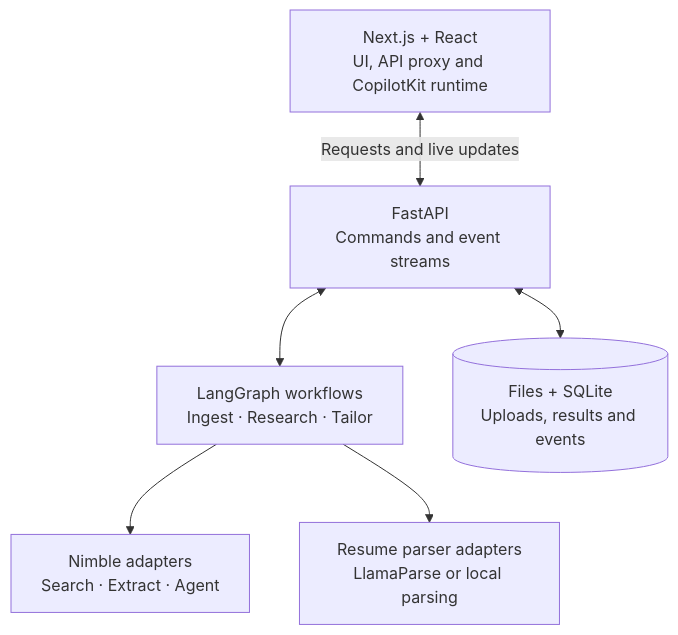
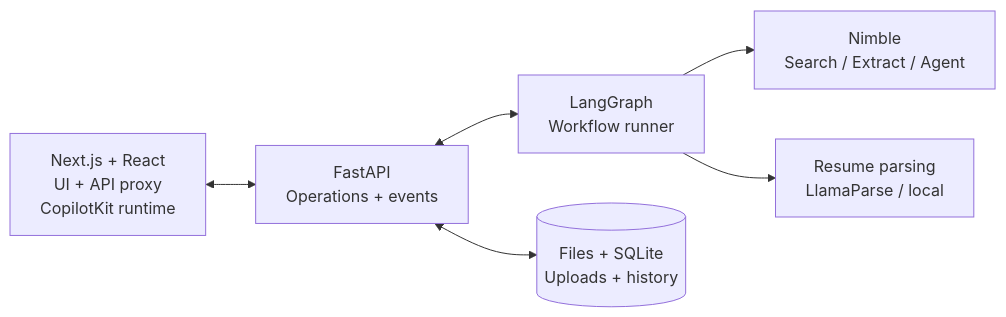
Before and after one commit to ojusave/nimble-proof-agent: the diagram in README.md, drawn with Mermaid.

Commit message:
Keep the architecture diagram readable without zoom

````diff
--- a/README.md
+++ b/README.md
@@ -107,14 +107,14 @@
 ```mermaid
-flowchart TB
-    UI["Next.js + React<br/>UI, API proxy and CopilotKit runtime"]
-    API["FastAPI<br/>Commands and event streams"]
-    GRAPH["LangGraph workflows<br/>Ingest · Research · Tailor"]
-    STORE[("Files + SQLite<br/>Uploads, results and events")]
-    NIMBLE["Nimble adapters<br/>Search · Extract · Agent"]
-    PARSE["Resume parser adapters<br/>LlamaParse or local parsing"]
-    UI <-->|"Requests and live updates"| API
+flowchart LR
+    UI["Next.js + React<br/>UI + API proxy<br/>CopilotKit runtime"]
+    API["FastAPI<br/>Operations + events"]
+    GRAPH["LangGraph<br/>Workflow runner"]
+    STORE[("Files + SQLite<br/>Uploads + history")]
+    NIMBLE["Nimble<br/>Search / Extract / Agent"]
+    PARSE["Resume parsing<br/>LlamaParse / local"]
+    UI <--> API
     API <--> GRAPH
     API <--> STORE
     GRAPH --> NIMBLE
     GRAPH --> PARSE
 ```
````
